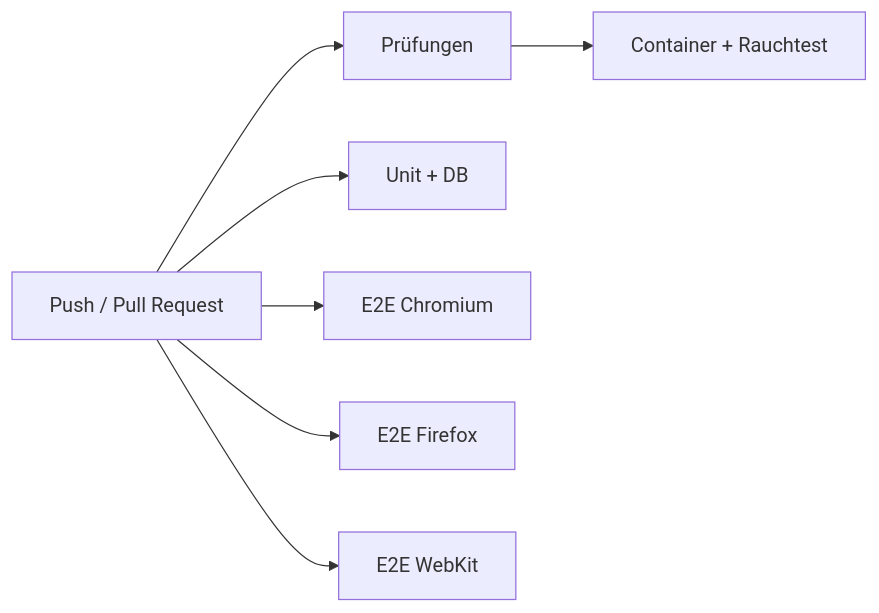
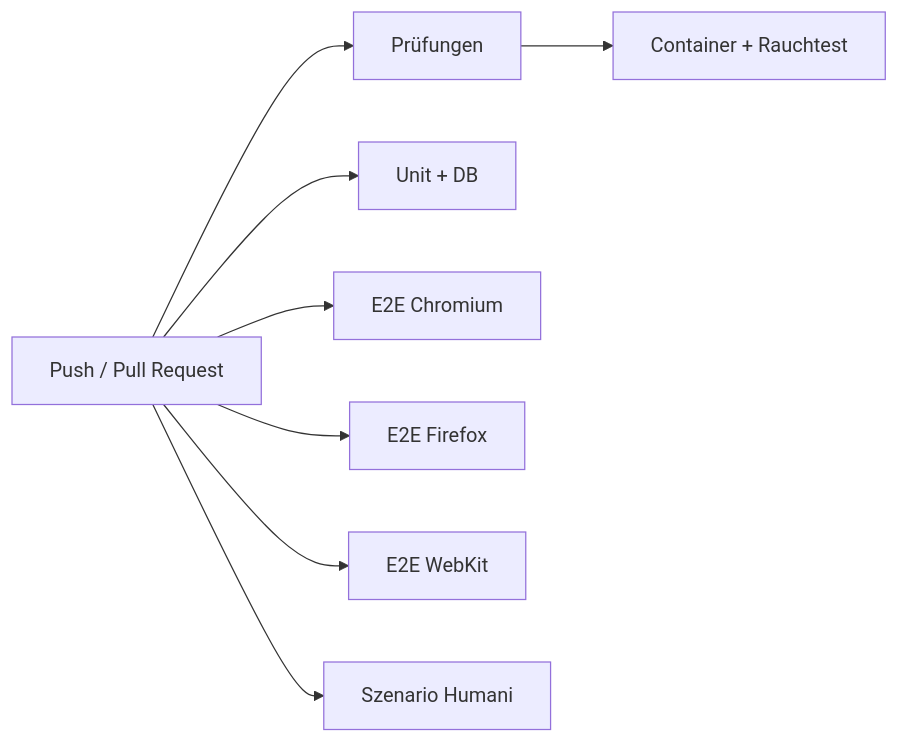
Before and after one commit to emptyarmy/Workspace: the diagram in apps/docs/src/content/docs/entwicklung/ci-pipeline.md, drawn with Mermaid. The commit also changed other lines of this file and 17 other files, not shown here.

Commit message:
E2E: Szenario Humani – von der leeren Datenbank bis zum Bericht (TC-SZ-001…011)

````diff
--- a/apps/docs/src/content/docs/entwicklung/ci-pipeline.md
+++ b/apps/docs/src/content/docs/entwicklung/ci-pipeline.md
@@ -8,9 +8,10 @@
 ```mermaid
 flowchart LR
   P[Push / Pull Request] --> A[Prüfungen]
   P --> U[Unit + DB]
   P --> E1[E2E Chromium]
   P --> E2[E2E Firefox]
   P --> E3[E2E WebKit]
+  P --> S[Szenario Humani]
   A --> C[Container + Rauchtest]
 ```
````
